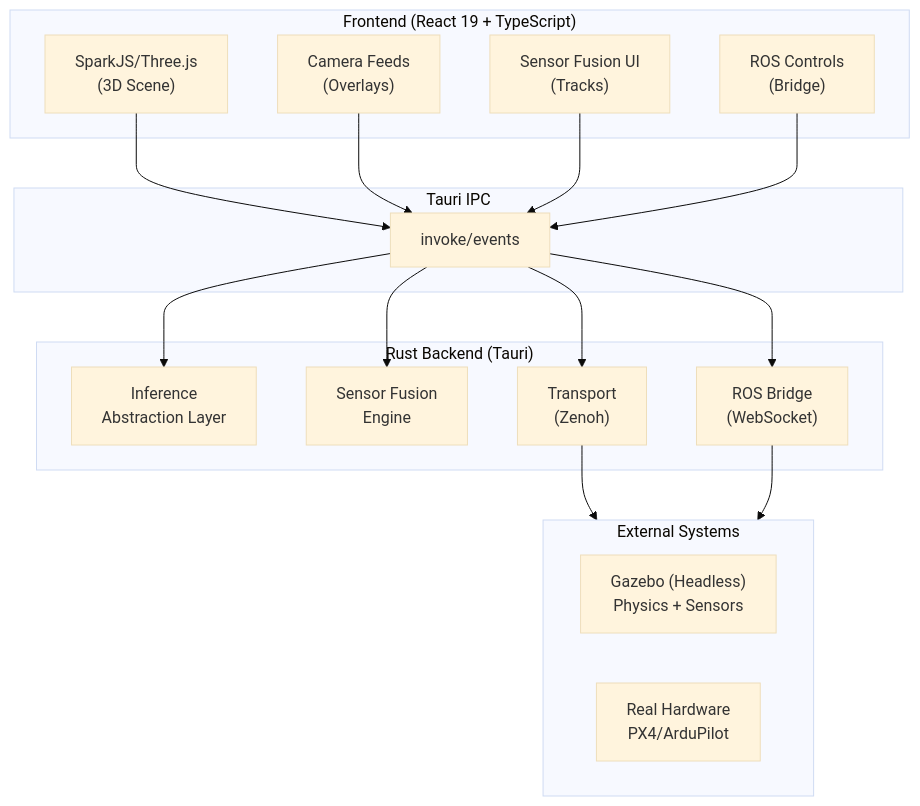
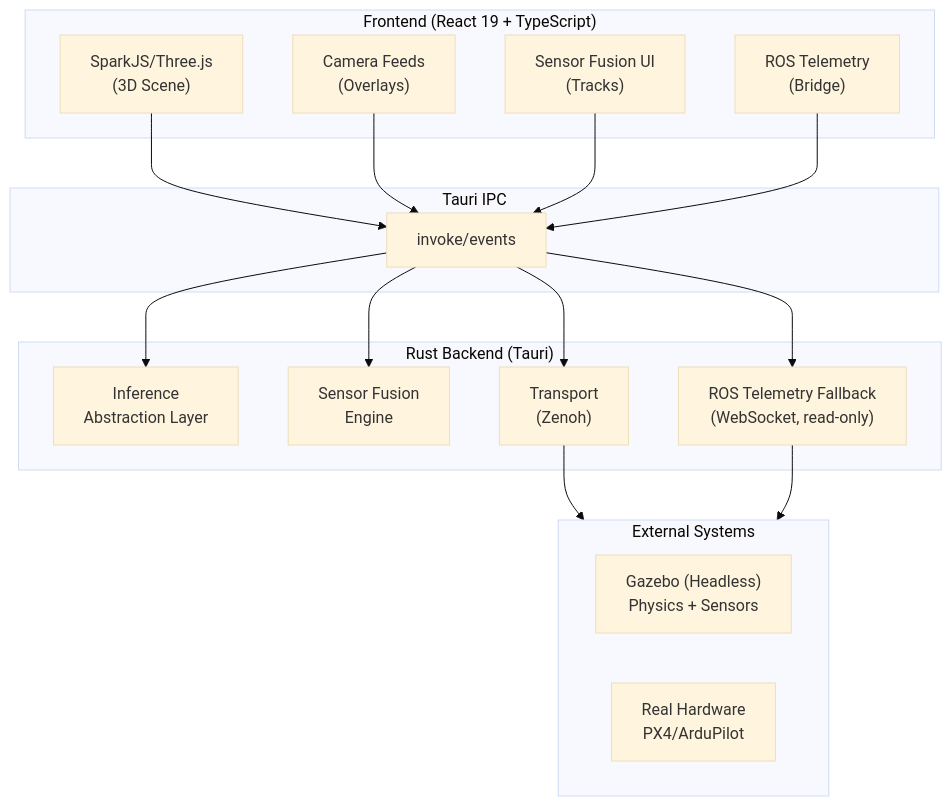
The diagram in README.md (sepahead/crebain), drawn with Mermaid (base theme) before and after one commit. The commit also changed other lines of this file and 69 other files, not shown here.

````diff
--- a/README.md
+++ b/README.md
@@ -189,38 +189,38 @@
 ```mermaid
 graph TB
     subgraph Frontend["Frontend (React 19 + TypeScript)"]
         ThreeJS["SparkJS/Three.js<br/>(3D Scene)"]
         CameraFeeds["Camera Feeds<br/>(Overlays)"]
         FusionUI["Sensor Fusion UI<br/>(Tracks)"]
-        ROSControls["ROS Controls<br/>(Bridge)"]
+        ROSControls["ROS Telemetry<br/>(Bridge)"]
     end
 
     subgraph IPC["Tauri IPC"]
         Invoke["invoke/events"]
     end
 
     subgraph Backend["Rust Backend (Tauri)"]
         Inference["Inference<br/>Abstraction Layer"]
         SensorFusion["Sensor Fusion<br/>Engine"]
         Zenoh["Transport<br/>(Zenoh)"]
-        ROSBridge["ROS Bridge<br/>(WebSocket)"]
+        ROSBridge["ROS Telemetry Fallback<br/>(WebSocket, read-only)"]
     end
 
     subgraph External["External Systems"]
         Gazebo["Gazebo (Headless)<br/>Physics + Sensors"]
         Hardware["Real Hardware<br/>PX4/ArduPilot"]
     end
 
     ThreeJS --> Invoke
     CameraFeeds --> Invoke
     FusionUI --> Invoke
     ROSControls --> Invoke
 
     Invoke --> Inference
     Invoke --> SensorFusion
     Invoke --> Zenoh
     Invoke --> ROSBridge
 
     Zenoh --> External
     ROSBridge --> External
 ```
````
